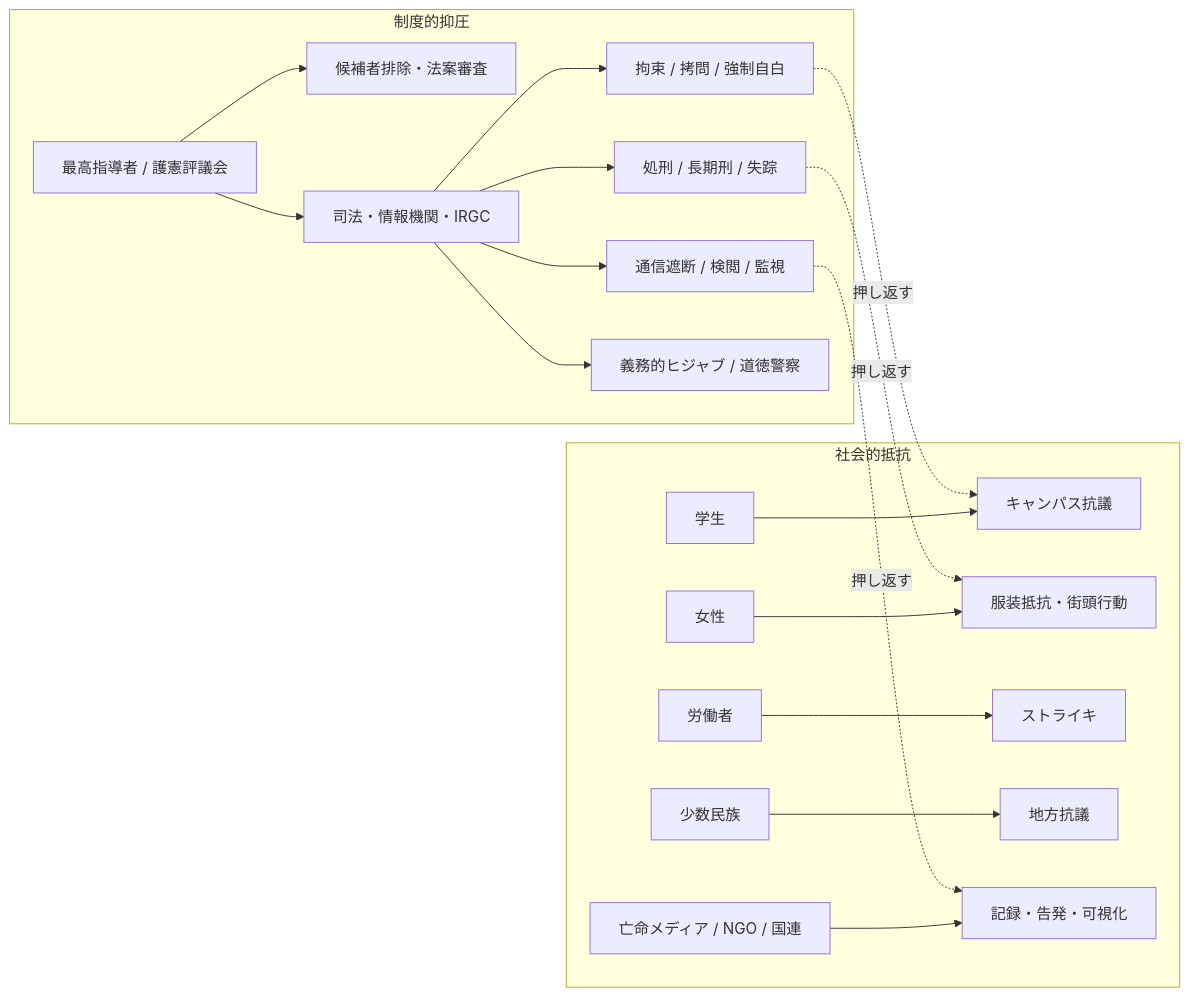
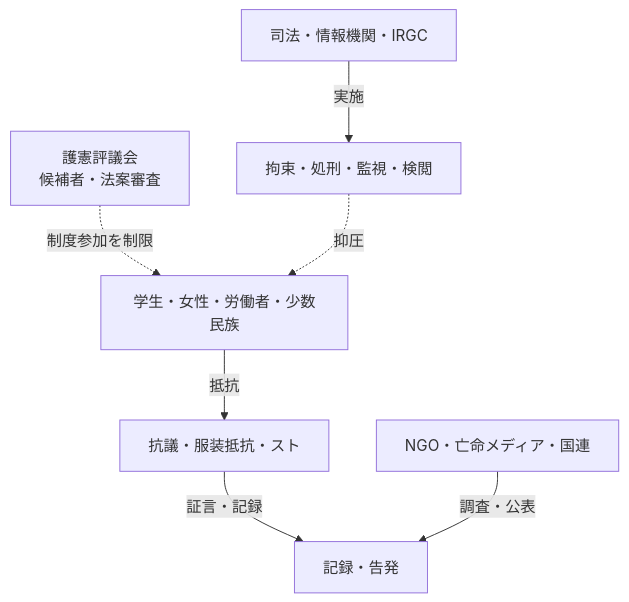
Before and after one commit to daylight55/research: the second of 2 diagrams in articles/report/iran-repression-civil-protest-history/ja/index.mdx, drawn with Mermaid. The commit also changed other lines of this file and 181 other files, not shown here.

First line of the commit message:
全記事の図解368点を再生成し、共通注意書きを削除 (#402)

````diff
--- a/articles/report/iran-repression-civil-protest-history/ja/index.mdx
+++ b/articles/report/iran-repression-civil-protest-history/ja/index.mdx
@@ -102,21 +103,18 @@
 ```mermaid
-flowchart LR
-    subgraph Repression["制度的抑圧"]
-        A["最高指導者 / 護憲評議会"] --> B["候補者排除・法案審査"]
-        A --> C["司法・情報機関・IRGC"]
-        C --> D["拘束 / 拷問 / 強制自白"]
-        C --> E["処刑 / 長期刑 / 失踪"]
-        C --> F["通信遮断 / 検閲 / 監視"]
-        C --> G["義務的ヒジャブ / 道徳警察"]
-    end
-    subgraph Resistance["社会的抵抗"]
-        H["学生"] --> I["キャンパス抗議"]
-        J["女性"] --> K["服装抵抗・街頭行動"]
-        L["労働者"] --> M["ストライキ"]
-        N["少数民族"] --> O["地方抗議"]
-        P["亡命メディア / NGO / 国連"] --> Q["記録・告発・可視化"]
-    end
-    D -.押し返す.-> I
-    E -.押し返す.-> K
-    F -.押し返す.-> Q
+flowchart TD
+  accTitle: 制度的抑圧と市民の抵抗・記録
+  accDescr: 候補者排除、司法・治安、通信統制に対し、学生・女性・労働者・少数民族が異なる抵抗を行い、外部組織が記録する。
+  N0["護憲評議会<br/>候補者・法案審査"]
+  N1["司法・情報機関・IRGC"]
+  N2["拘束・処刑・監視・検閲"]
+  N3["学生・女性・労働者・少数民族"]
+  N4["抗議・服装抵抗・スト"]
+  N5["NGO・亡命メディア・国連"]
+  N6["記録・告発"]
+  N0 -.->|制度参加を制限| N3
+  N1 -->|実施| N2
+  N2 -.->|抑圧| N3
+  N3 -->|抵抗| N4
+  N4 -->|証言・記録| N6
+  N5 -->|調査・公表| N6
 ```
````
